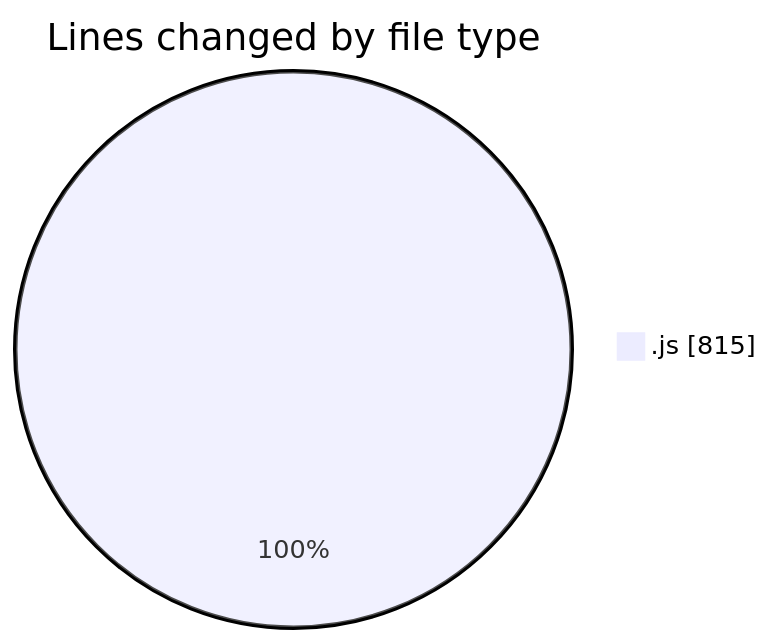
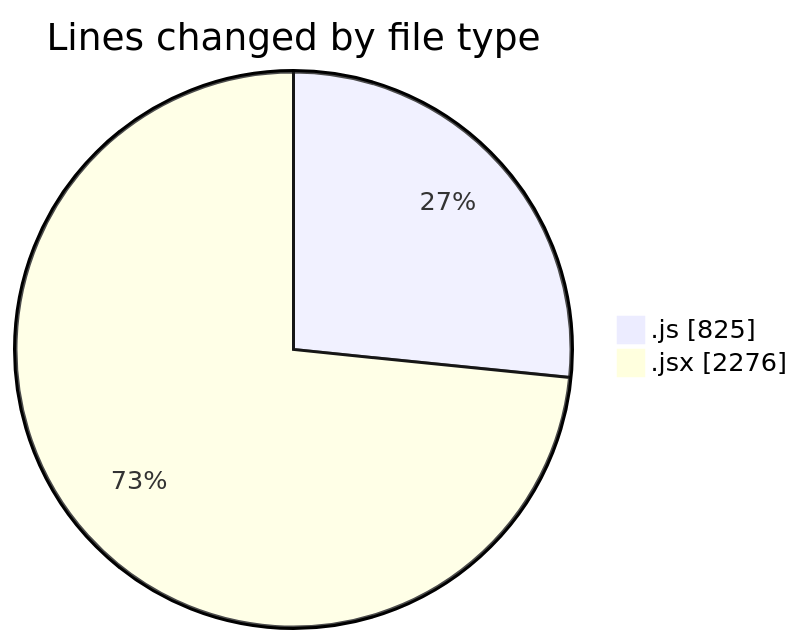
Before and after one commit to nxtqubesakshisongat/code-tracking: the first of 2 diagrams in 2025-10-29/nxtqube_webapp/README.md, drawn with Mermaid. The commit also changed other lines of this file and 1 other file, not shown here.

````diff
--- a/2025-10-29/nxtqube_webapp/README.md
+++ b/2025-10-29/nxtqube_webapp/README.md
@@ -20,5 +22,6 @@
 ```mermaid
 pie showData
 title Lines changed by file type
-".js" : 815
+".js" : 825
+".jsx" : 2276
 ```
````
